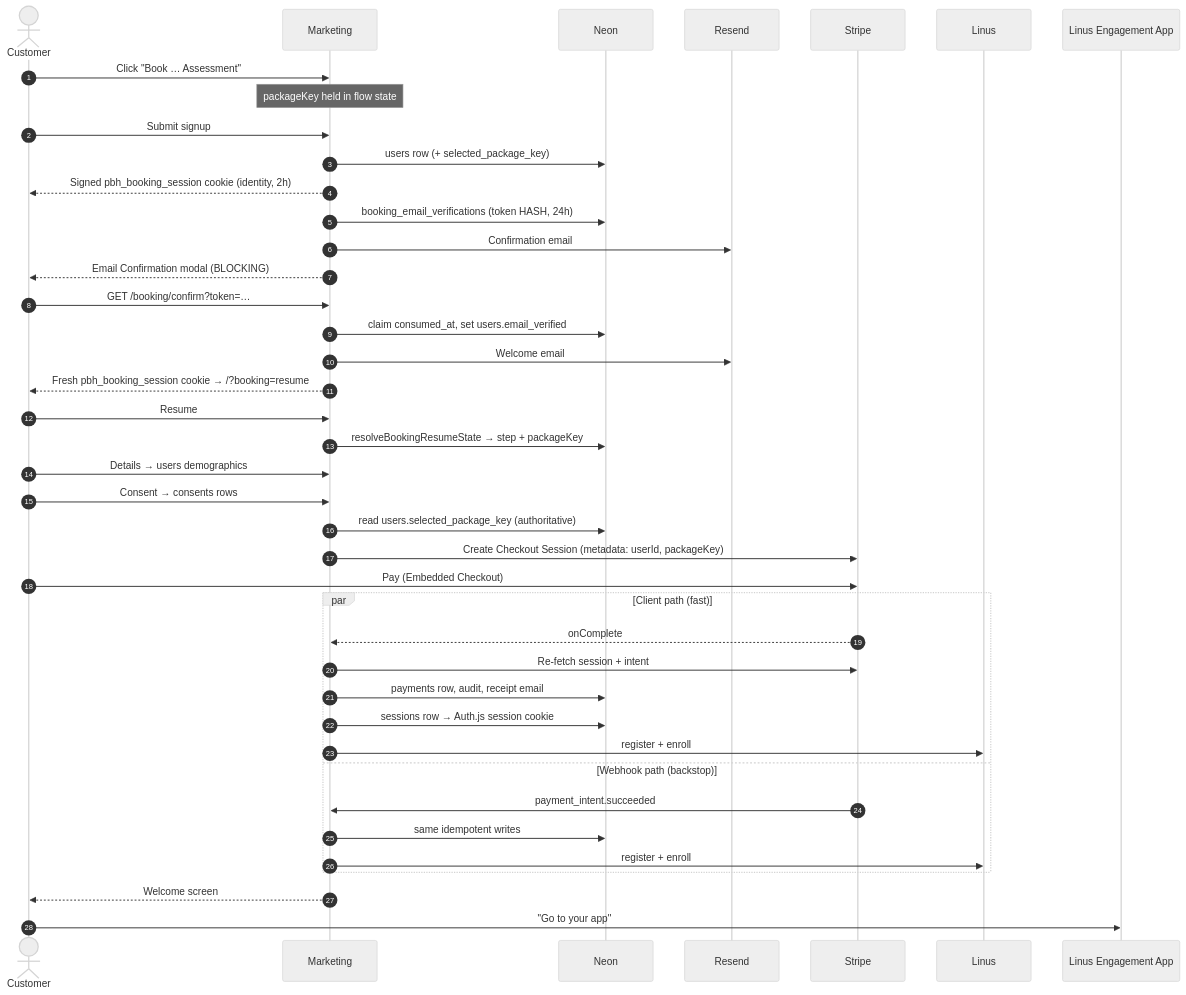
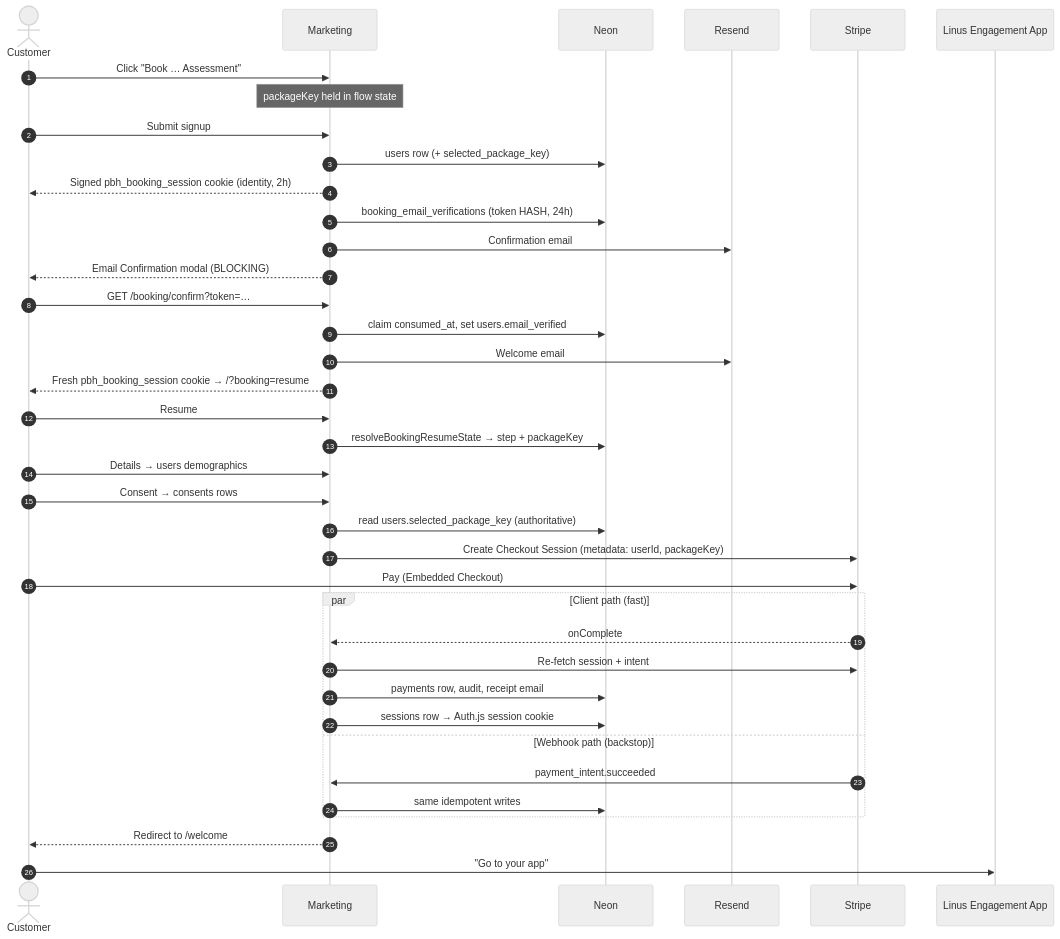
The first of 2 diagrams in docs/booking-flow.md (dbates-commits/primary-brain-health), drawn with Mermaid (neutral theme) before and after one commit. The commit also changed other lines of this file and 15 other files, not shown here.

````diff
--- a/docs/booking-flow.md
+++ b/docs/booking-flow.md
@@ -40,49 +44,46 @@
 ```mermaid
 sequenceDiagram
     autonumber
     actor C as Customer
     participant M as Marketing
     participant DB as Neon
     participant R as Resend
     participant S as Stripe
-    participant L as Linus
     participant E as Linus Engagement App
 
     C->>M: Click "Book … Assessment"
     Note over M: packageKey held in flow state
     C->>M: Submit signup
     M->>DB: users row (+ selected_package_key)
     M-->>C: Signed pbh_booking_session cookie (identity, 2h)
     M->>DB: booking_email_verifications (token HASH, 24h)
     M->>R: Confirmation email
     M-->>C: Email Confirmation modal (BLOCKING)
 
     C->>M: GET /booking/confirm?token=…
     M->>DB: claim consumed_at, set users.email_verified
     M->>R: Welcome email
     M-->>C: Fresh pbh_booking_session cookie → /?booking=resume
 
     C->>M: Resume
     M->>DB: resolveBookingResumeState → step + packageKey
     C->>M: Details → users demographics
     C->>M: Consent → consents rows
 
     M->>DB: read users.selected_package_key (authoritative)
     M->>S: Create Checkout Session (metadata: userId, packageKey)
     C->>S: Pay (Embedded Checkout)
 
     par Client path (fast)
         S-->>M: onComplete
         M->>S: Re-fetch session + intent
         M->>DB: payments row, audit, receipt email
         M->>DB: sessions row → Auth.js session cookie
-        M->>L: register + enroll
     and Webhook path (backstop)
         S->>M: payment_intent.succeeded
         M->>DB: same idempotent writes
-        M->>L: register + enroll
     end
 
-    M-->>C: Welcome screen
+    M-->>C: Redirect to /welcome
     C->>E: "Go to your app"
 ```
````
